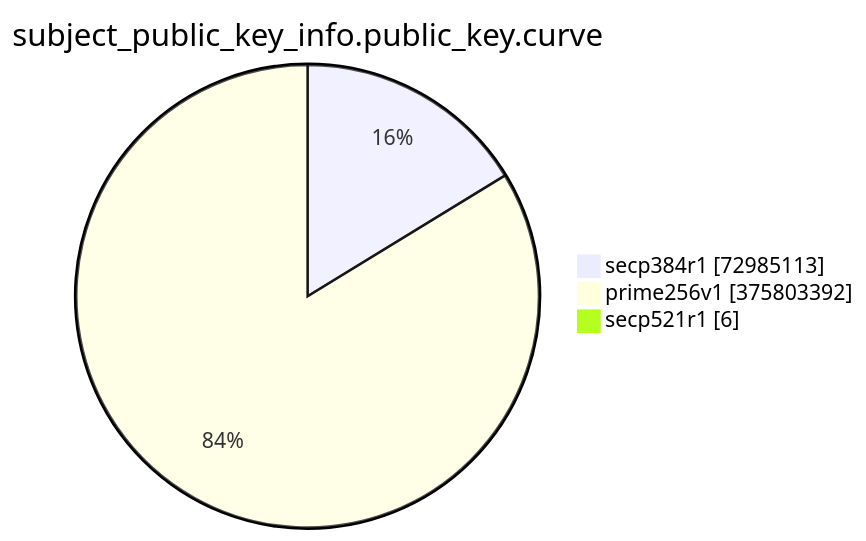
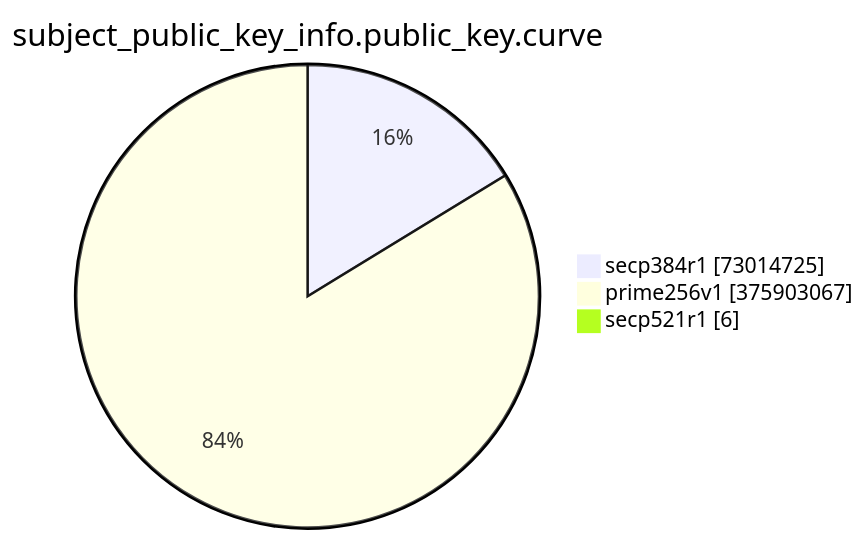
One commit to christiankrug/ctmonitor_visualization changed the eighth of 15 diagrams in TOTAL/README.md. Above: the diagram before and after it, drawn with Mermaid. The commit also changed other lines of this file, not shown here.

````diff
--- a/TOTAL/README.md
+++ b/TOTAL/README.md
@@ -3094,7 +3094,7 @@
 ```mermaid
 pie showData
 title subject_public_key_info.public_key.curve
-"secp384r1" :72985113
-"prime256v1" :375803392
+"secp384r1" :73014725
+"prime256v1" :375903067
 "secp521r1" :6
 ```
````
